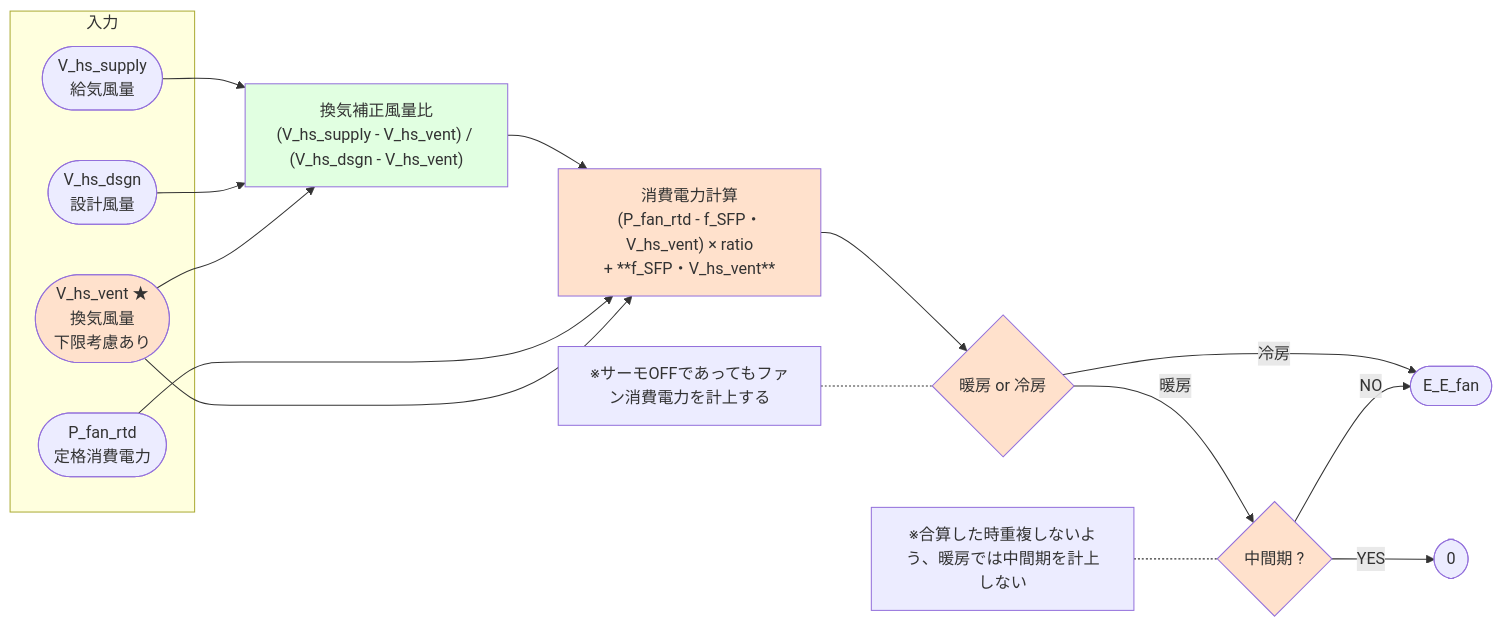
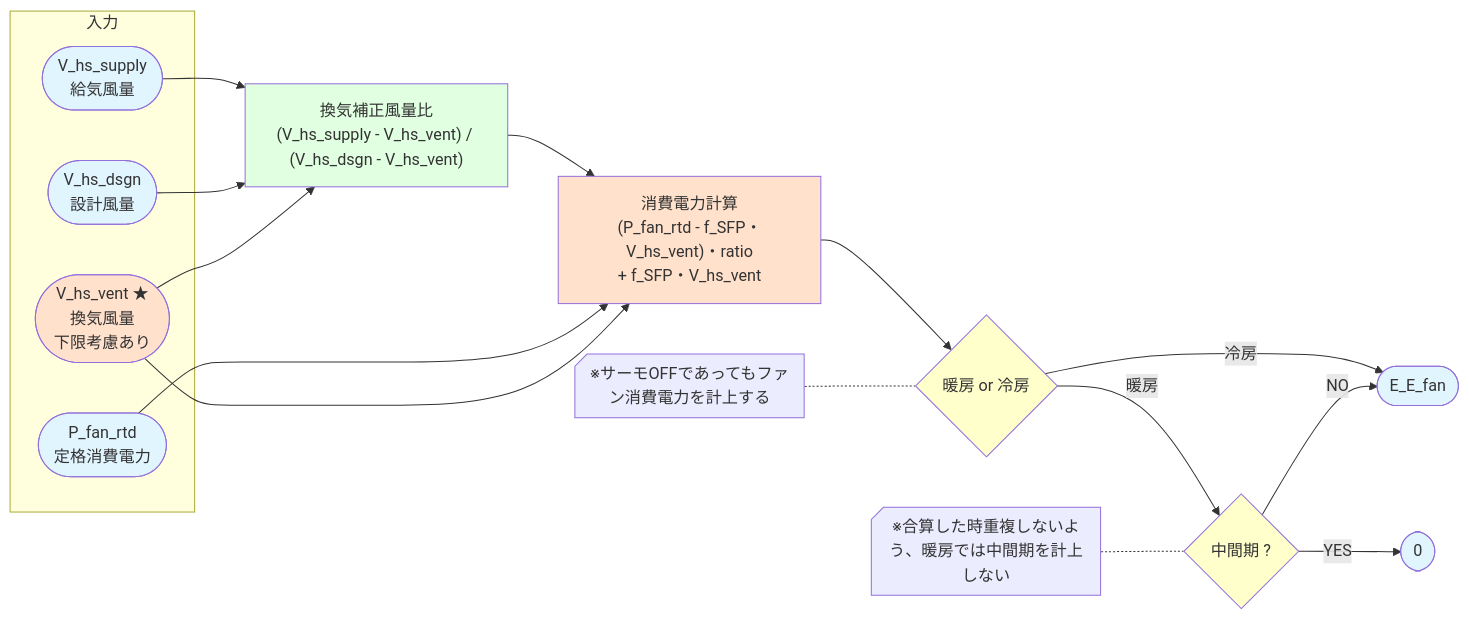
The seventh of 8 diagrams in docs/最低風量_最低電力_直接入力.md (iguchi-lab/Verification-Platform-Next), drawn with Mermaid before and after one commit. The commit also changed other lines of this file, not shown here.

````diff
--- a/docs/最低風量_最低電力_直接入力.md
+++ b/docs/最低風量_最低電力_直接入力.md
@@ -251,33 +267,34 @@
 ```mermaid
 flowchart LR
 
 subgraph 入力
     V(["V_hs_supply<br/>給気風量"])
     V_dsgn(["V_hs_dsgn<br/>設計風量"])
     V_vent(["V_hs_vent ★<br/>換気風量<br/>下限考慮あり"])
     P(["P_fan_rtd<br/>定格消費電力"])
 end
 
-V --> Ratio["換気補正風量比<br/>(V_hs_supply - V_hs_vent) / (V_hs_dsgn - V_hs_vent)"]
-V_dsgn --> Ratio
-V_vent --> Ratio
+V & V_dsgn & V_vent --> Ratio["換気補正風量比<br/>(V_hs_supply - V_hs_vent) / (V_hs_dsgn - V_hs_vent)"]
 
-Ratio --> Power["消費電力計算<br/>(P_fan_rtd - f_SFP・V_hs_vent) × ratio</br>+ **f_SFP・V_hs_vent**"]
-P --> Power
-V_vent --> Power
+Ratio & P & V_vent --> Power["消費電力計算<br/>(P_fan_rtd - f_SFP・V_hs_vent)・ratio</br>+ f_SFP・V_hs_vent"]
 
 Power --> Check2{暖房 or 冷房}
 Check2 --> |暖房| Check3{中間期 ?}
 Check2 --> |冷房| Result(["E_E_fan"])
-Note1[※サーモOFFであってもファン消費電力を計上する] -.- Check2
+Note1@{ shape: notch-rect, label: "※サーモOFFであってもファン消費電力を計上する" } -.- Check2
 
 Check3 -->|NO| Result
 Check3 -->|YES| Zero([0])
-Note2[※合算した時重複しないよう、暖房では中間期を計上しない] -.- Check3
+Note2@{ shape: notch-rect, label: "※合算した時重複しないよう、暖房では中間期を計上しない" } -.- Check3
 
+style V fill:#e1f5ff
+style V_dsgn fill:#e1f5ff
+style V_vent fill:#ffe1cc
+style P fill:#e1f5ff
 style Ratio fill:#e1ffe1
 style Power fill:#ffe1cc
-style Check2 fill:#ffe1cc
-style Check3 fill:#ffe1cc
-style V_vent fill:#ffe1cc
+style Check2 fill:#ffffcc
+style Check3 fill:#ffffcc
+style Result fill:#e1f5ff
+style Zero fill:#e1f5ff
 ```
````
